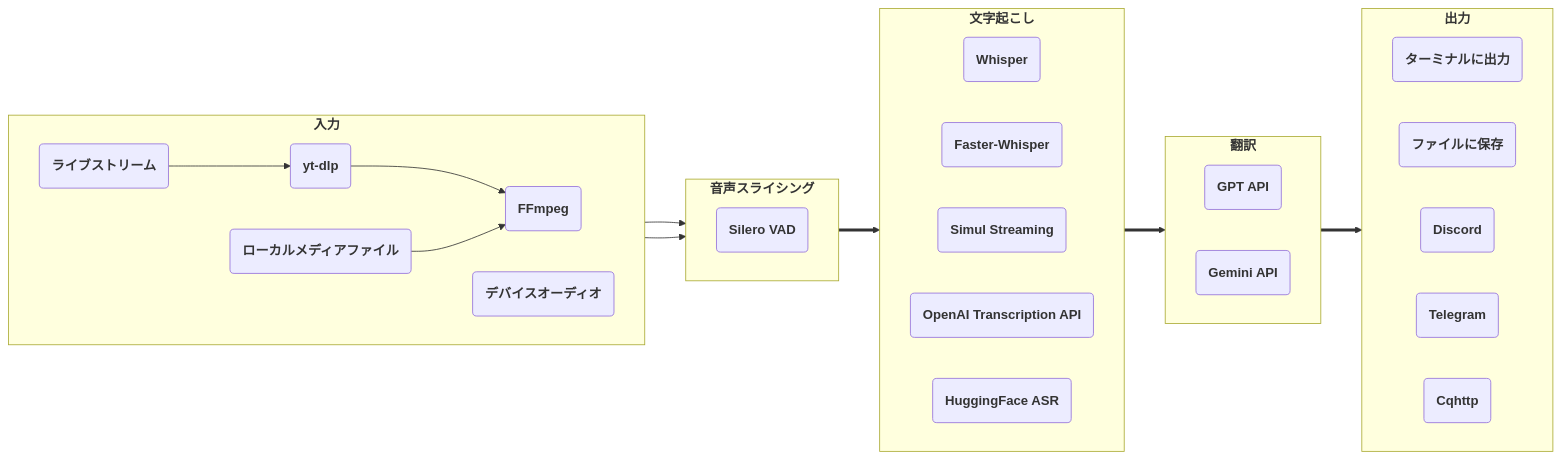
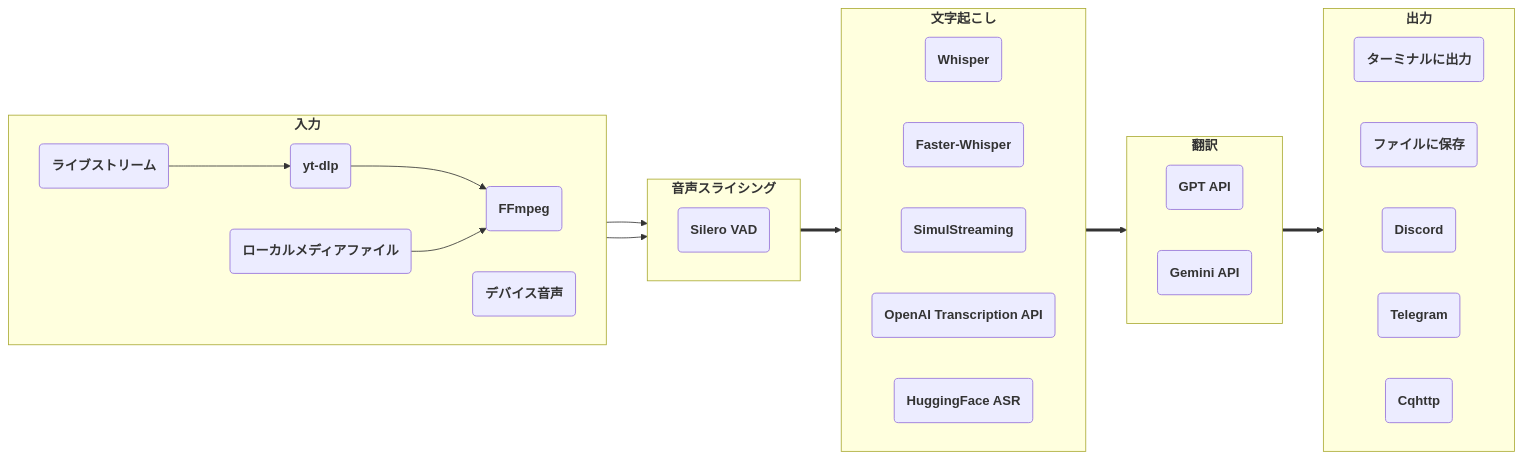
One commit to ionic-bond/stream-translator-gpt changed the diagram in README_JP.md. Above: the diagram before and after it, drawn with Mermaid. The commit also changed other lines of this file and 6 other files, not shown here.

````diff
--- a/README_JP.md
+++ b/README_JP.md
@@ -19,44 +25,44 @@
 ```mermaid
 flowchart LR
     subgraph ga["`**入力**`"]
         direction LR
         aa("`**FFmpeg**`")
-        ab("`**デバイスオーディオ**`")
+        ab("`**デバイス音声**`")
         ac("`**yt-dlp**`")
         ad("`**ローカルメディアファイル**`")
         ae("`**ライブストリーム**`")
         ac --> aa
         ad --> aa
         ae --> ac
     end
     subgraph gb["`**音声スライシング**`"]
         direction LR
         ba("`**Silero VAD**`")
     end
     subgraph gc["`**文字起こし**`"]
         direction LR
         ca("`**Whisper**`")
         cb("`**Faster-Whisper**`")
-        cc("`**Simul Streaming**`")
+        cc("`**SimulStreaming**`")
         cd("`**OpenAI Transcription API**`")
         ce("`**HuggingFace ASR**`")
     end
     subgraph gd["`**翻訳**`"]
         direction LR
         da("`**GPT API**`")
         db("`**Gemini API**`")
     end
     subgraph ge["`**出力**`"]
         direction LR
         ea("`**ターミナルに出力**`")
         ee("`**ファイルに保存**`")
         ec("`**Discord**`")
         ed("`**Telegram**`")
         eb("`**Cqhttp**`")
     end
     aa --> gb
     ab --> gb
     gb ==> gc
     gc ==> gd
     gd ==> ge
 ```
````
